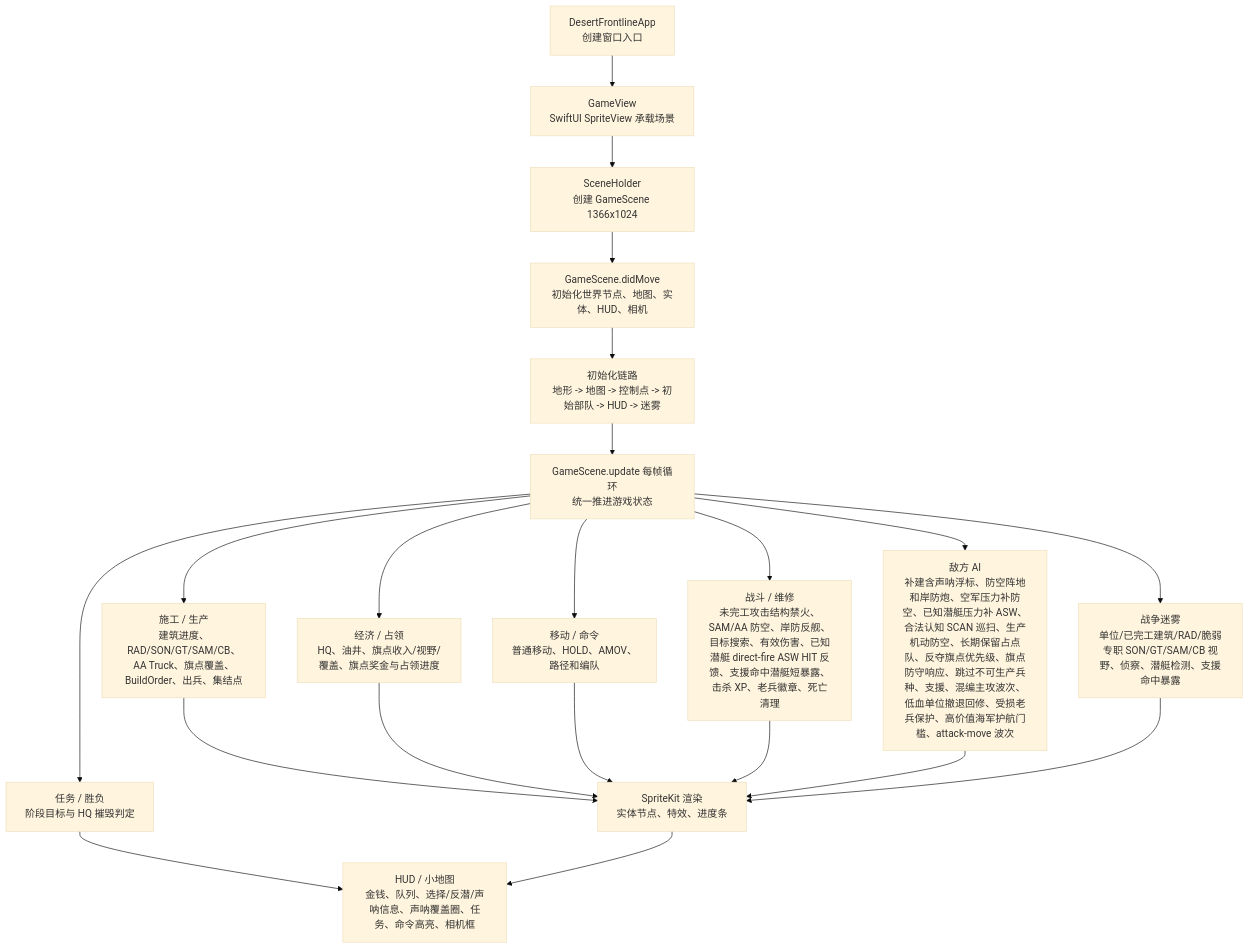
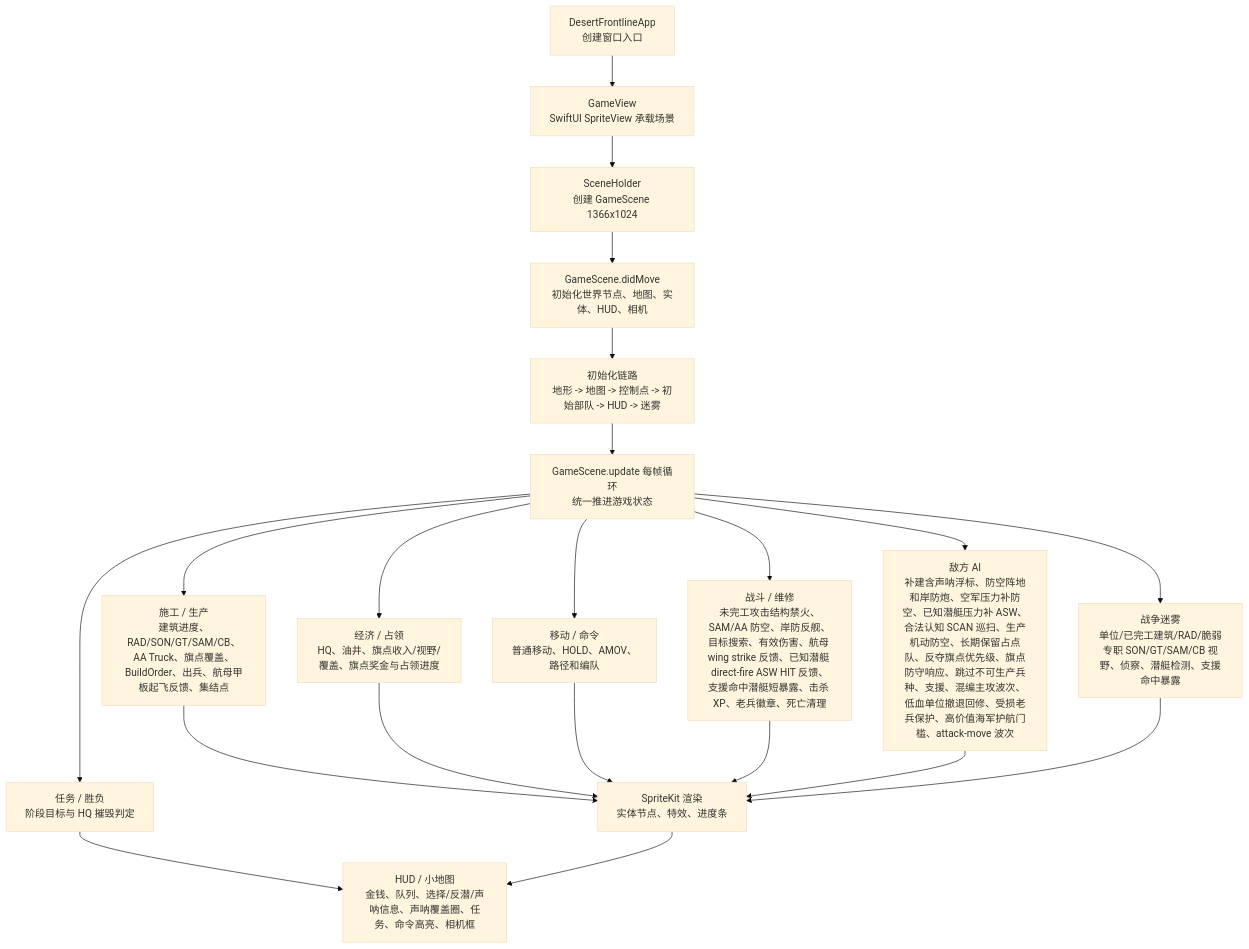
The first of 3 diagrams in md/flow/flowchart.md (Altman-sam114/1145), drawn with Mermaid (base theme) before and after one commit. The commit also changed 4 other files, not shown here.

````diff
--- a/md/flow/flowchart.md
+++ b/md/flow/flowchart.md
@@ -9,23 +9,23 @@
 ```mermaid
 flowchart TD
   App["DesertFrontlineApp\n创建窗口入口"] --> View["GameView\nSwiftUI SpriteView 承载场景"]
   View --> Holder["SceneHolder\n创建 GameScene 1366x1024"]
   Holder --> Scene["GameScene.didMove\n初始化世界节点、地图、实体、HUD、相机"]
   Scene --> Init["初始化链路\n地形 -> 地图 -> 控制点 -> 初始部队 -> HUD -> 迷雾"]
   Init --> Loop["GameScene.update 每帧循环\n统一推进游戏状态"]
-  Loop --> Build["施工 / 生产\n建筑进度、RAD/SON/GT/SAM/CB、AA Truck、旗点覆盖、BuildOrder、出兵、集结点"]
+  Loop --> Build["施工 / 生产\n建筑进度、RAD/SON/GT/SAM/CB、AA Truck、旗点覆盖、BuildOrder、出兵、航母甲板起飞反馈、集结点"]
   Loop --> Economy["经济 / 占领\nHQ、油井、旗点收入/视野/覆盖、旗点奖金与占领进度"]
   Loop --> Commands["移动 / 命令\n普通移动、HOLD、AMOV、路径和编队"]
-  Loop --> Combat["战斗 / 维修\n未完工攻击结构禁火、SAM/AA 防空、岸防反舰、目标搜索、有效伤害、已知潜艇 direct-fire ASW HIT 反馈、支援命中潜艇短暴露、击杀 XP、老兵徽章、死亡清理"]
+  Loop --> Combat["战斗 / 维修\n未完工攻击结构禁火、SAM/AA 防空、岸防反舰、目标搜索、有效伤害、航母 wing strike 反馈、已知潜艇 direct-fire ASW HIT 反馈、支援命中潜艇短暴露、击杀 XP、老兵徽章、死亡清理"]
   Loop --> AI["敌方 AI\n补建含声呐浮标、防空阵地和岸防炮、空军压力补防空、已知潜艇压力补 ASW、合法认知 SCAN 巡扫、生产机动防空、长期保留占点队、反夺旗点优先级、旗点防守响应、跳过不可生产兵种、支援、混编主攻波次、低血单位撤退回修、受损老兵保护、高价值海军护航门槛、attack-move 波次"]
   Loop --> Fog["战争迷雾\n单位/已完工建筑/RAD/脆弱专职 SON/GT/SAM/CB 视野、侦察、潜艇检测、支援命中暴露"]
   Loop --> Mission["任务 / 胜负\n阶段目标与 HQ 摧毁判定"]
   Build --> Render["SpriteKit 渲染\n实体节点、特效、进度条"]
   Economy --> Render
   Commands --> Render
   Combat --> Render
   AI --> Render
   Fog --> Render
   Mission --> HUD["HUD / 小地图\n金钱、队列、选择/反潜/声呐信息、声呐覆盖圈、任务、命令高亮、相机框"]
   Render --> HUD
 ```
````
